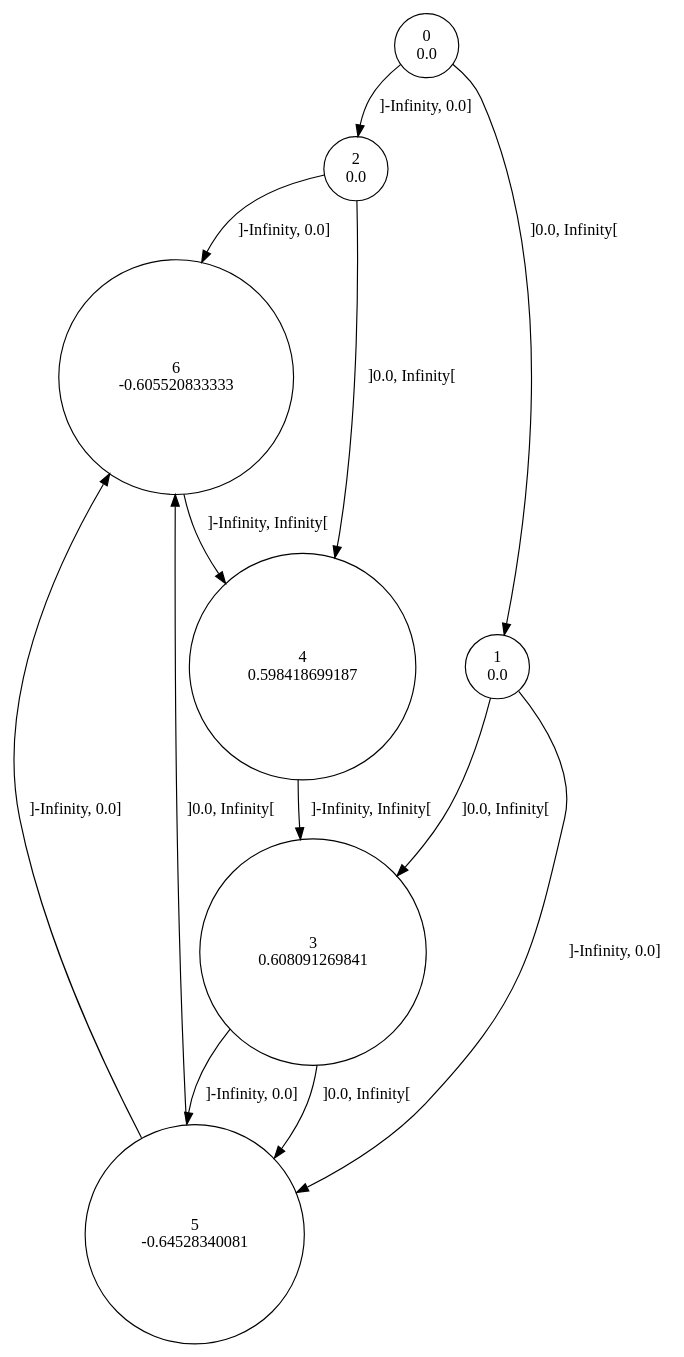
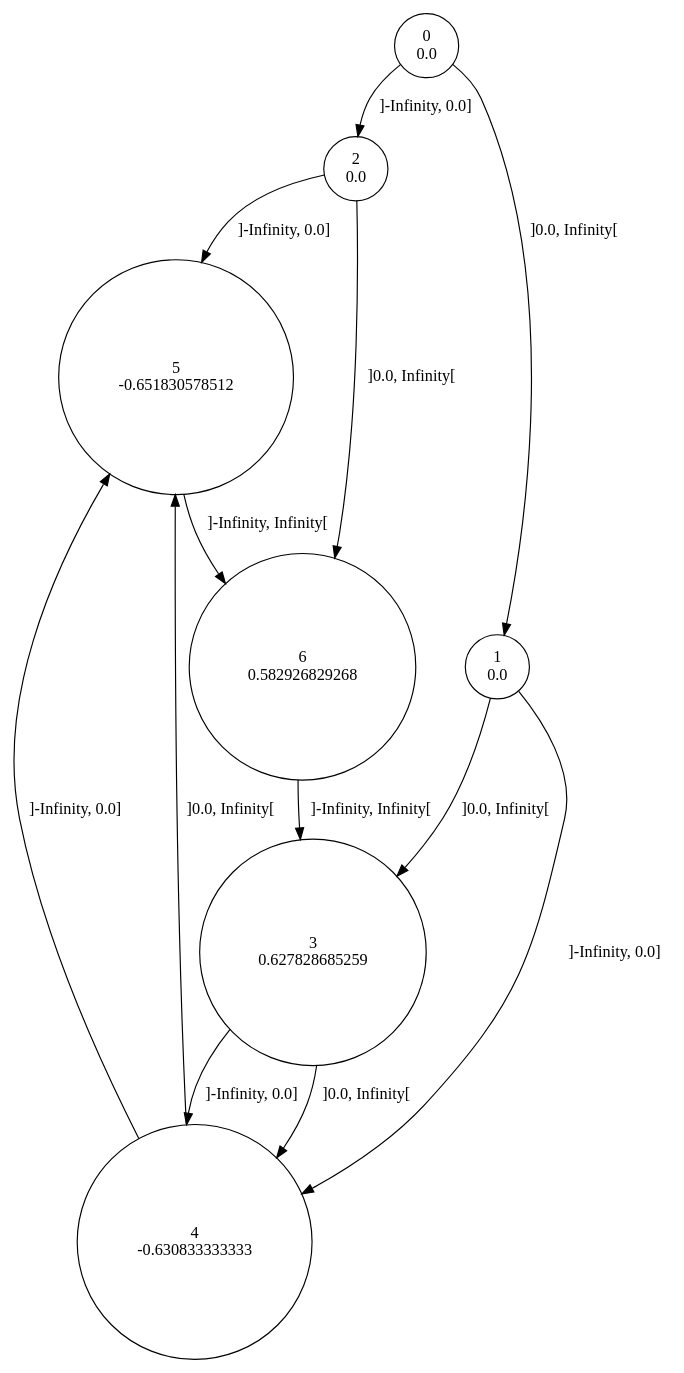
The diagram in sinus/data/6/rtisy.dot (gllpellegrino/RAI_experiments), drawn with Graphviz before and after one commit. The commit also changed 98 other files, not shown here.

```diff
--- a/sinus/data/6/rtisy.dot
+++ b/sinus/data/6/rtisy.dot
@@ -1,21 +1,21 @@
 digraph a {
 0 [shape=circle, label="0\n0.0"];
-	0->2 [ label="]-Infinity, 0.0]"];
-	0->1 [ label="]0.0, Infinity["];
+	0 -> 2 [label="]-Infinity, 0.0]"];
+	0 -> 1 [label="]0.0, Infinity["];
 1 [shape=circle, label="1\n0.0"];
-	1->5 [ label="]-Infinity, 0.0]"];
-	1->3 [ label="]0.0, Infinity["];
+	1 -> 4 [label="]-Infinity, 0.0]"];
+	1 -> 3 [label="]0.0, Infinity["];
 2 [shape=circle, label="2\n0.0"];
-	2->6 [ label="]-Infinity, 0.0]"];
-	2->4 [ label="]0.0, Infinity["];
-3 [shape=circle, label="3\n0.608091269841"];
-	3->5 [ label="]-Infinity, 0.0]"];
-	3->5 [ label="]0.0, Infinity["];
-4 [shape=circle, label="4\n0.598418699187"];
-	4->3 [ label="]-Infinity, Infinity["];
-5 [shape=circle, label="5\n-0.64528340081"];
-	5->6 [ label="]-Infinity, 0.0]"];
-	5->6 [ label="]0.0, Infinity["];
-6 [shape=circle, label="6\n-0.605520833333"];
-	6->4 [ label="]-Infinity, Infinity["];
+	2 -> 5 [label="]-Infinity, 0.0]"];
+	2 -> 6 [label="]0.0, Infinity["];
+3 [shape=circle, label="3\n0.627828685259"];
+	3 -> 4 [label="]-Infinity, 0.0]"];
+	3 -> 4 [label="]0.0, Infinity["];
+4 [shape=circle, label="4\n-0.630833333333"];
+	4 -> 5 [label="]-Infinity, 0.0]"];
+	4 -> 5 [label="]0.0, Infinity["];
+5 [shape=circle, label="5\n-0.651830578512"];
+	5 -> 6 [label="]-Infinity, Infinity["];
+6 [shape=circle, label="6\n0.582926829268"];
+	6 -> 3 [label="]-Infinity, Infinity["];
 }
```
